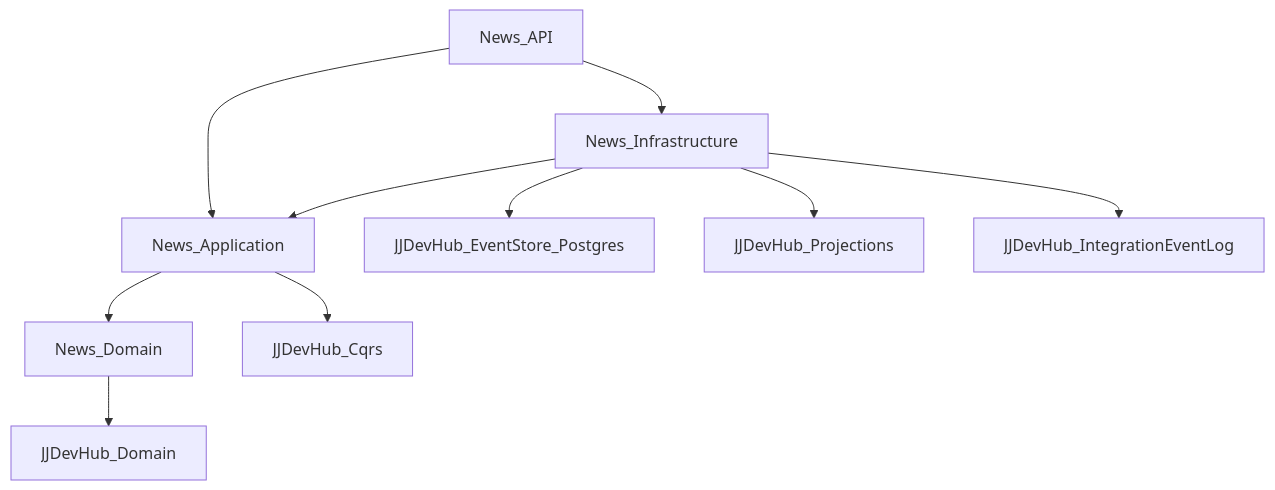
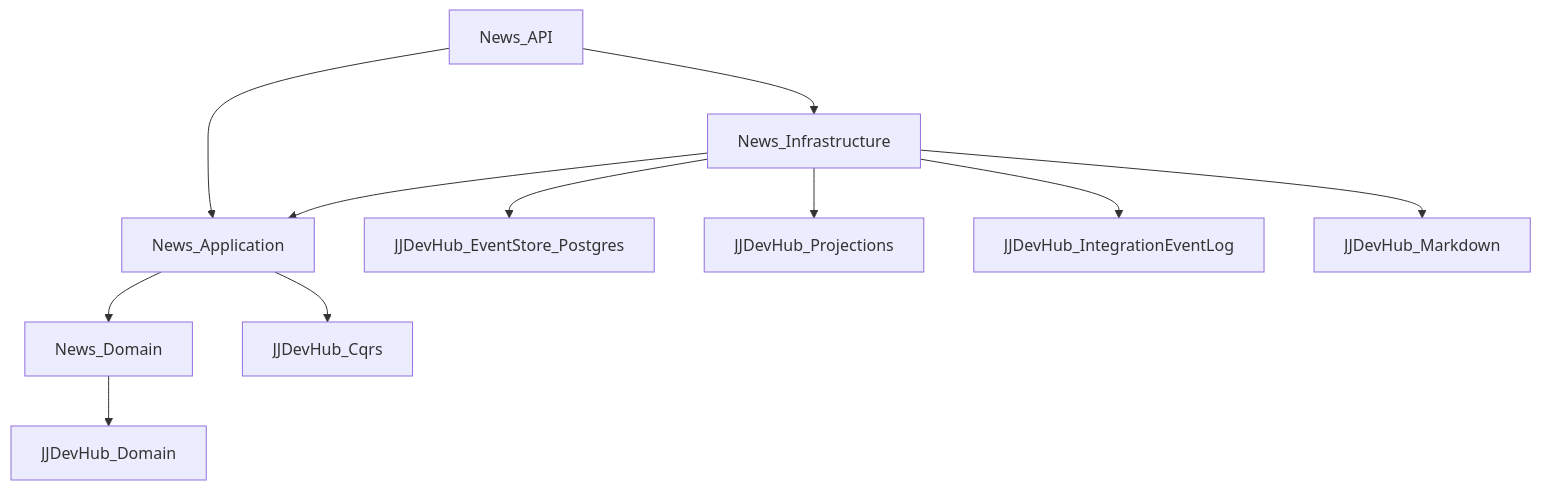
One commit to jtjaskulski/JJDevHub changed the second of 4 diagrams in docs/api/architektura.md. Above: the diagram before and after it, drawn with Mermaid. The commit also changed other lines of this file and 26 other files, not shown here.

````diff
--- a/docs/api/architektura.md
+++ b/docs/api/architektura.md
@@ -45,12 +79,13 @@
 ```mermaid
 flowchart TB
   api[News_API] --> application[News_Application]
   infrastructure[News_Infrastructure] --> application
   application --> domain[News_Domain]
   api --> infrastructure
   domain --> bbDomain[JJDevHub_Domain]
   application --> bbCqrs[JJDevHub_Cqrs]
   infrastructure --> bbStore[JJDevHub_EventStore_Postgres]
   infrastructure --> bbProj[JJDevHub_Projections]
   infrastructure --> bbLog[JJDevHub_IntegrationEventLog]
+  infrastructure --> bbMd[JJDevHub_Markdown]
 ```
````
